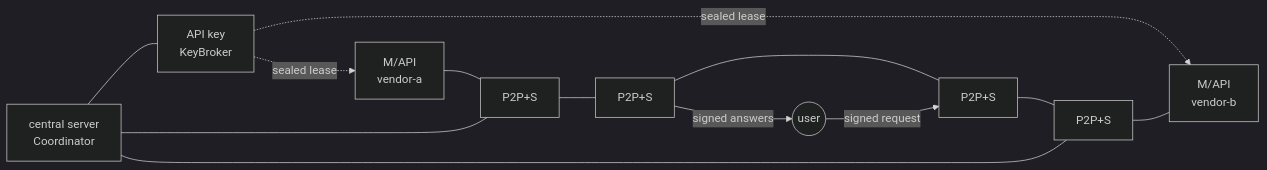
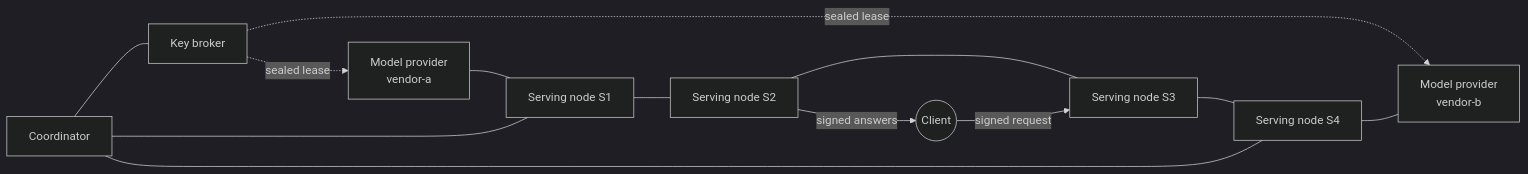
One commit to Larrydev-cpp/secdogie changed the first of 3 diagrams in inference/README.md. Above: the diagram before and after it, drawn with Mermaid (dark theme). The commit also changed other lines of this file and 4 other files, not shown here.

````diff
--- a/inference/README.md
+++ b/inference/README.md
@@ -27,11 +58,11 @@
 ```mermaid
 flowchart LR
-  C["central server<br/>Coordinator"] --- K["API key<br/>KeyBroker"]
+  C["Coordinator"] --- K["Key broker"]
   K -. sealed lease .-> L
   K -. sealed lease .-> R
-  L["M/API<br/>vendor-a"] --- S1["P2P+S"] --- S2["P2P+S"] --- S3["P2P+S"] --- S4["P2P+S"] --- R["M/API<br/>vendor-b"]
+  L["Model provider<br/>vendor-a"] --- S1["Serving node S1"] --- S2["Serving node S2"] --- S3["Serving node S3"] --- S4["Serving node S4"] --- R["Model provider<br/>vendor-b"]
   C --- S1
   C --- S4
-  U((user)) -->|signed request| S3
+  U((Client)) -->|signed request| S3
   S2 -->|signed answers| U
 ```
````
